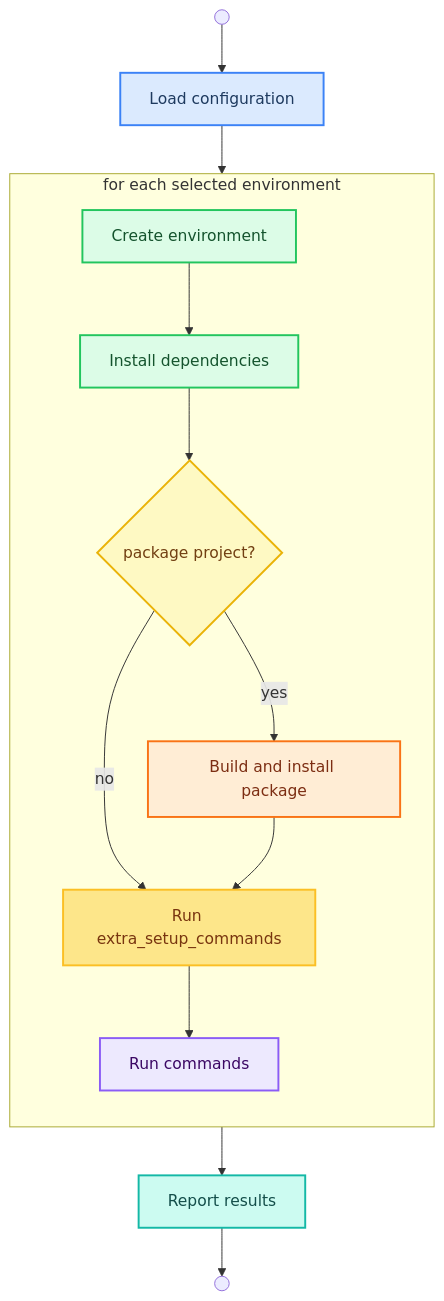
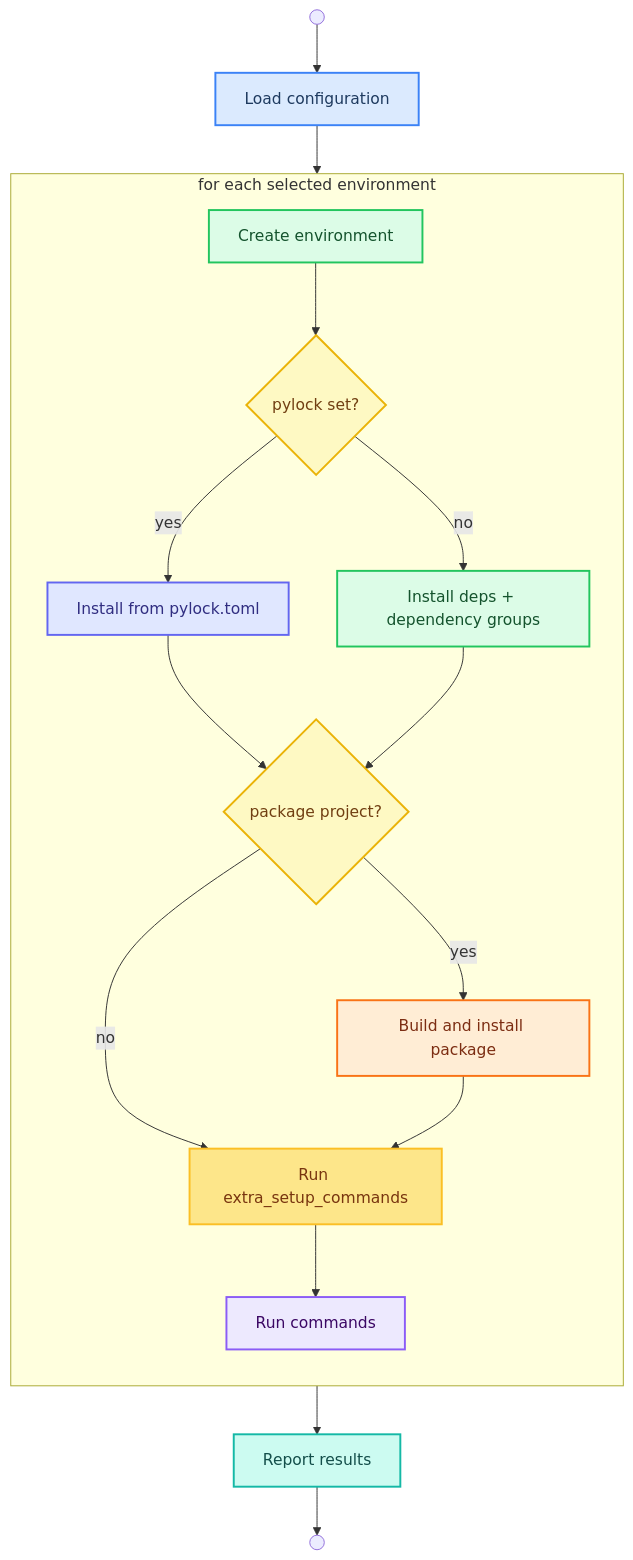
Before and after one commit to tox-dev/tox: the first of 3 diagrams in docs/explanation.rst, drawn with Mermaid. The commit also changed other lines of this file and 8 other files, not shown here.

First line of the commit message:
✨ feat(config): add PEP 751 pylock.toml support

```diff
--- a/docs/explanation.rst
+++ b/docs/explanation.rst
@@ -28,37 +28,42 @@
 .. mermaid::
 
     flowchart TD
         start(( )) --> config[Load configuration]
 
         config --> envloop
 
         subgraph envloop [for each selected environment]
             direction TB
             create[Create environment]
-            create --> deps[Install dependencies]
-            deps --> pkg{package project?}
+            create --> depmode{pylock set?}
+            depmode -- yes --> pylock[Install from pylock.toml]
+            depmode -- no --> deps[Install deps + dependency groups]
+            pylock --> pkg{package project?}
+            deps --> pkg
             pkg -- yes --> build[Build and install package]
             pkg -- no --> extra
             build --> extra[Run extra_setup_commands]
             extra --> cmds
             cmds[Run commands]
         end
 
         cmds --> report[Report results]
         report --> done(( ))
 
         classDef configStyle fill:#dbeafe,stroke:#3b82f6,stroke-width:2px,color:#1e3a5f
         classDef envStyle fill:#dcfce7,stroke:#22c55e,stroke-width:2px,color:#14532d
         classDef pkgStyle fill:#ffedd5,stroke:#f97316,stroke-width:2px,color:#7c2d12
         classDef setupStyle fill:#fde68a,stroke:#fbbf24,stroke-width:2px,color:#78350f
         classDef cmdStyle fill:#ede9fe,stroke:#8b5cf6,stroke-width:2px,color:#3b0764
         classDef reportStyle fill:#ccfbf1,stroke:#14b8a6,stroke-width:2px,color:#134e4a
         classDef decisionStyle fill:#fef9c3,stroke:#eab308,stroke-width:2px,color:#713f12
+        classDef pylockStyle fill:#e0e7ff,stroke:#6366f1,stroke-width:2px,color:#312e81
 
         class config configStyle
         class create,deps envStyle
         class build pkgStyle
         class extra setupStyle
         class cmds cmdStyle
         class report reportStyle
-        class pkg decisionStyle
+        class depmode,pkg decisionStyle
+        class pylock pylockStyle
```
